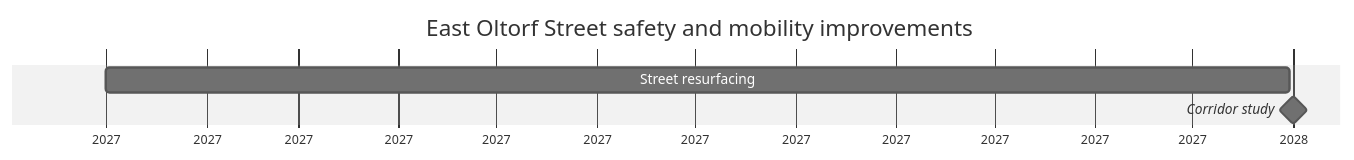
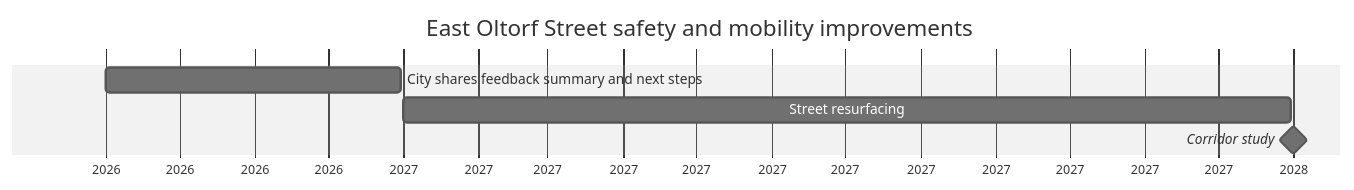
The seventh of 40 diagrams in docs/projects.md (changesaroundme/calendars), drawn with Mermaid (neutral theme) before and after one commit. The commit also changed other lines of this file and 1 other file, not shown here.

````diff
--- a/docs/projects.md
+++ b/docs/projects.md
@@ -147,8 +161,9 @@
 ```mermaid
 gantt
     title East Oltorf Street safety and mobility improvements
     dateFormat YYYY-MM-DD
     axisFormat %Y
-    Street resurfacing :p1, 2027-01-01, 2027-12-31
-    Corridor study :milestone, p2, 2028-01-01, 0d
+    City shares feedback summary and next steps :p1, 2026-09-01, 2026-12-31
+    Street resurfacing :p2, 2027-01-01, 2027-12-31
+    Corridor study :milestone, p3, 2028-01-01, 0d
 ```
````
